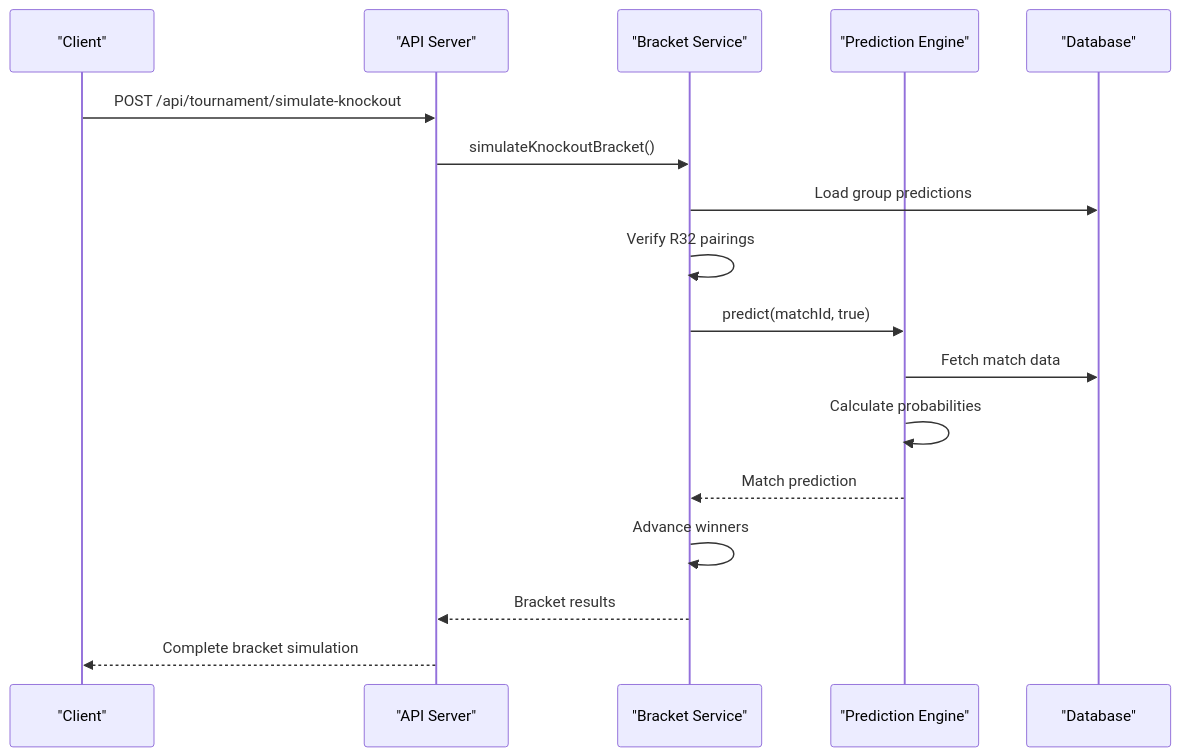
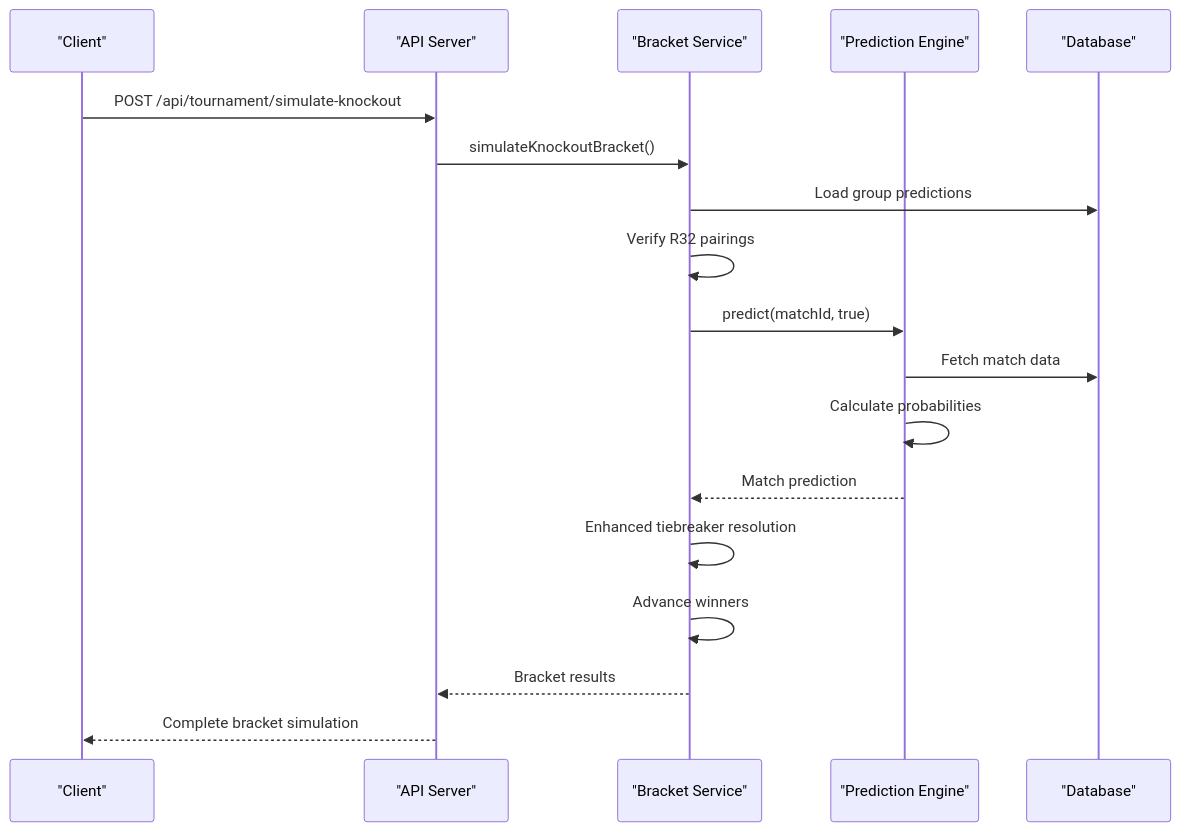
Before and after one commit to cheesiong/WC26-qwen: the seventh of 7 diagrams in .qoder/repowiki/en/content/API Reference/Tournament API/Tournament Simulation System.md, drawn with Mermaid. The commit also changed other lines of this file and 49 other files, not shown here.

````diff
--- a/.qoder/repowiki/en/content/API Reference/Tournament API/Tournament Simulation System.md
+++ b/.qoder/repowiki/en/content/API Reference/Tournament API/Tournament Simulation System.md
@@ -298,19 +442,20 @@
 ```mermaid
 sequenceDiagram
 participant Client as "Client"
 participant API as "API Server"
 participant Service as "Bracket Service"
 participant Engine as "Prediction Engine"
 participant DB as "Database"
 Client->>API : POST /api/tournament/simulate-knockout
 API->>Service : simulateKnockoutBracket()
 Service->>DB : Load group predictions
 Service->>Service : Verify R32 pairings
 Service->>Engine : predict(matchId, true)
 Engine->>DB : Fetch match data
 Engine->>Engine : Calculate probabilities
 Engine-->>Service : Match prediction
+Service->>Service : Enhanced tiebreaker resolution
 Service->>Service : Advance winners
 Service-->>API : Bracket results
 API-->>Client : Complete bracket simulation
 ```
````
